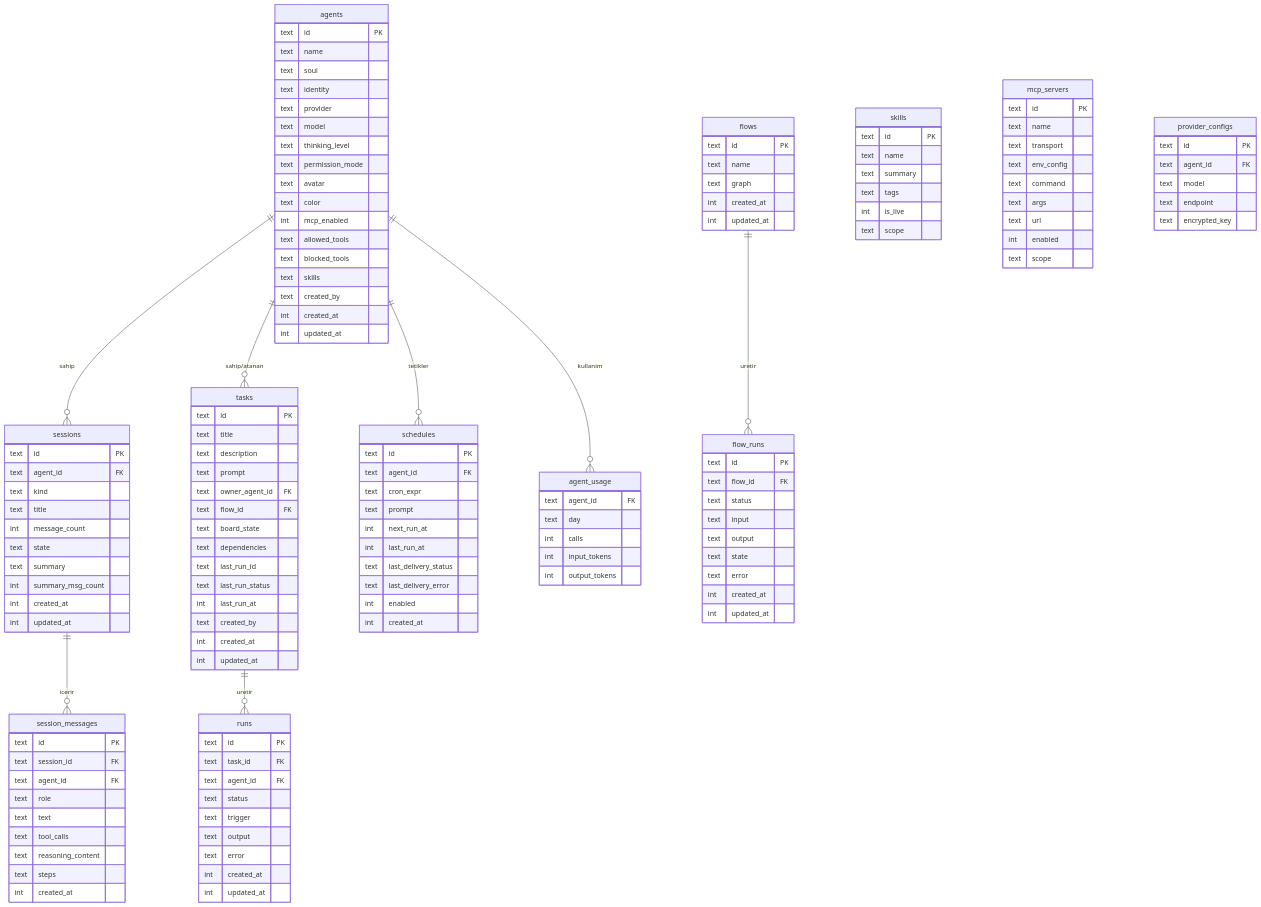
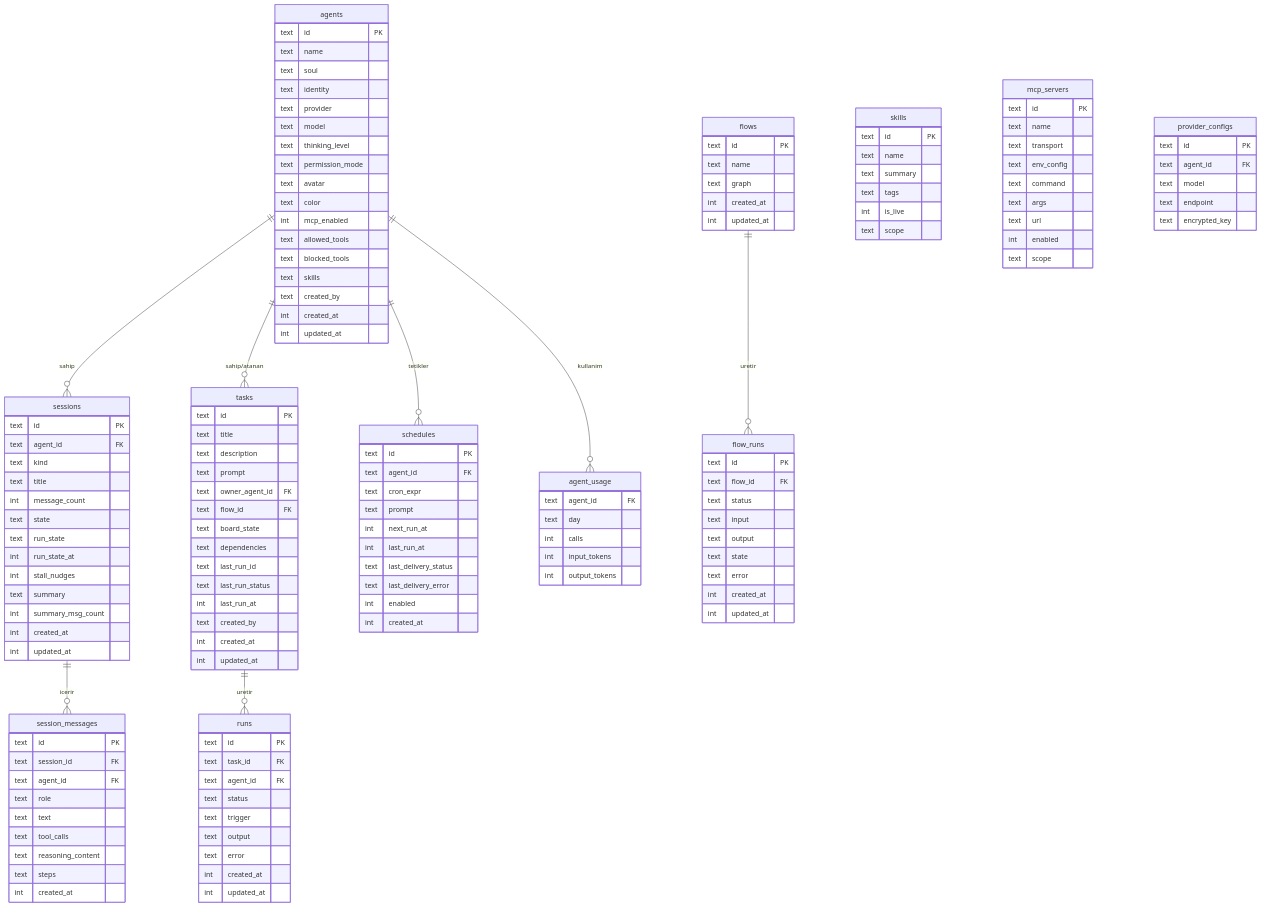
One commit to bilal-arikan/tionharness changed the diagram in _Docs/02-VERI-MODELI.md. Above: the diagram before and after it, drawn with Mermaid. The commit also changed other lines of this file and 5 other files, not shown here.

Commit message:
docs: document the shell/hook fix, coordinator prompt, RunState and stall counter

```diff
--- a/_Docs/02-VERI-MODELI.md
+++ b/_Docs/02-VERI-MODELI.md
@@ -45,6 +45,9 @@
         text title
         int  message_count
         text state
+        text run_state
+        int  run_state_at
+        int  stall_nudges
         text summary
         int  summary_msg_count
         int  created_at
```
